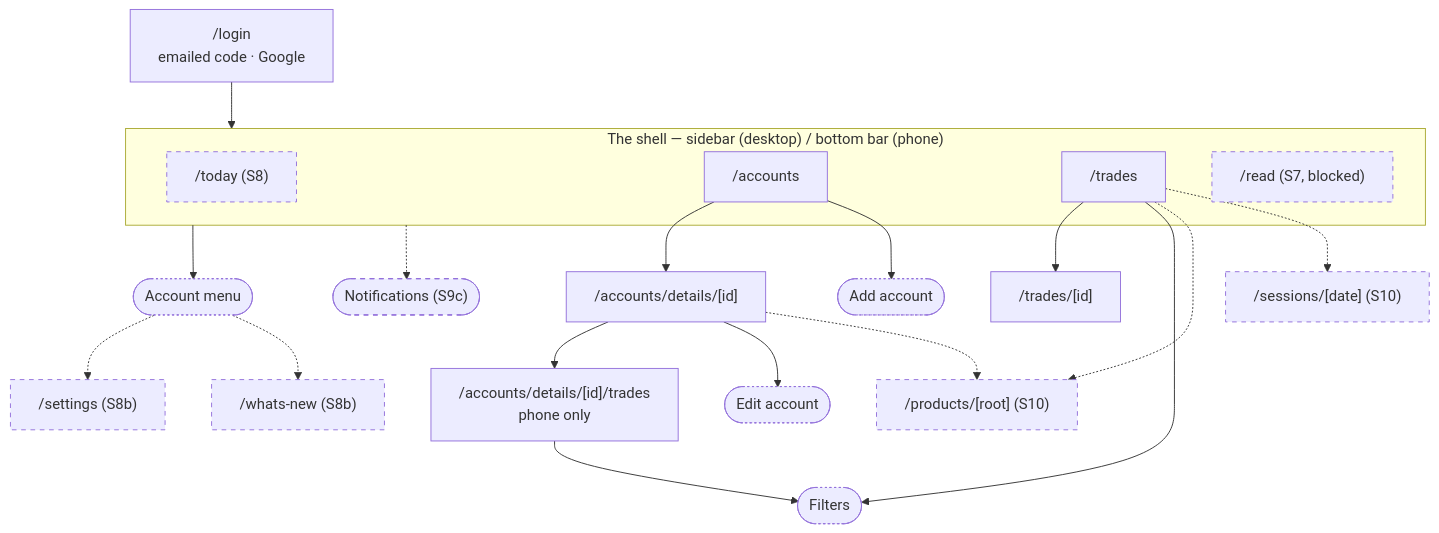
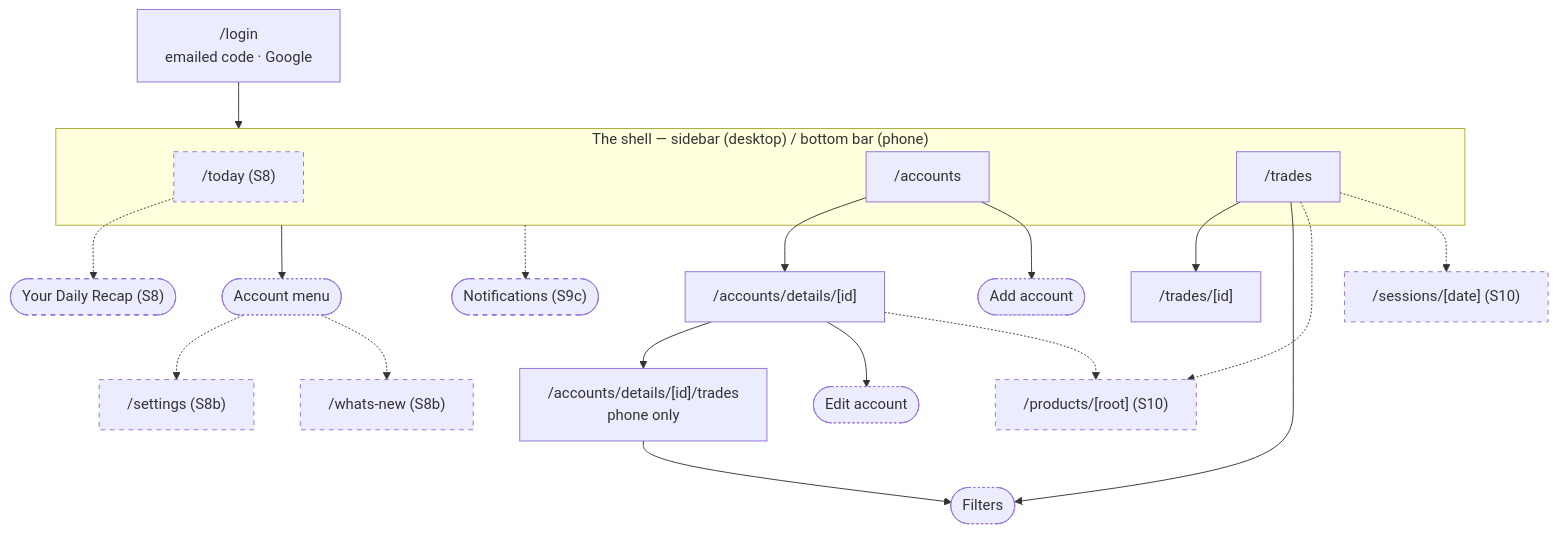
Before and after one commit to modryn-studio/run-rebuild: the second of 14 diagrams in docs/user-guide.md, drawn with Mermaid. The commit also changed other lines of this file and 2 other files, not shown here.

First line of the commit message:
Read comes out of the nav, and the read becomes a card on Today

````diff
--- a/docs/user-guide.md
+++ b/docs/user-guide.md
@@ -42,41 +42,42 @@
 ```mermaid
 flowchart TD
   Login["/login<br/>emailed code · Google"] --> Shell
 
   subgraph Shell["The shell — sidebar (desktop) / bottom bar (phone)"]
     Today["/today (S8)"]
     Accounts["/accounts"]
     Trades["/trades"]
-    Read["/read (S7, blocked)"]
   end
+
+  Today -.-> Recap(["Your Daily Recap (S8)"])
 
   Accounts --> Detail["/accounts/details/[id]"]
   Detail --> AcctTape["/accounts/details/[id]/trades<br/>phone only"]
   Accounts --> AddAcct(["Add account"])
   Detail --> EditAcct(["Edit account"])
 
   Trades --> TradeDetail["/trades/[id]"]
   Trades --> Filters(["Filters"])
   AcctTape --> Filters
 
   Trades -.-> Product["/products/[root] (S10)"]
   Detail -.-> Product
   Trades -.-> Session["/sessions/[date] (S10)"]
 
   Shell --> Menu(["Account menu"])
   Menu -.-> Settings["/settings (S8b)"]
   Menu -.-> WhatsNew["/whats-new (S8b)"]
   Shell -.-> Notifs(["Notifications (S9c)"])
 
   style Today stroke-dasharray: 5 5
-  style Read stroke-dasharray: 5 5
+  style Recap stroke-dasharray: 5 5
   style Settings stroke-dasharray: 5 5
   style WhatsNew stroke-dasharray: 5 5
   style Notifs stroke-dasharray: 5 5
   style Product stroke-dasharray: 5 5
   style Session stroke-dasharray: 5 5
   style AddAcct stroke-dasharray: 2 3
   style EditAcct stroke-dasharray: 2 3
   style Filters stroke-dasharray: 2 3
   style Menu stroke-dasharray: 2 3
 ```
````
